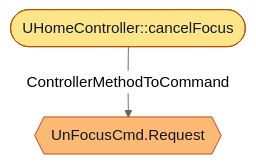
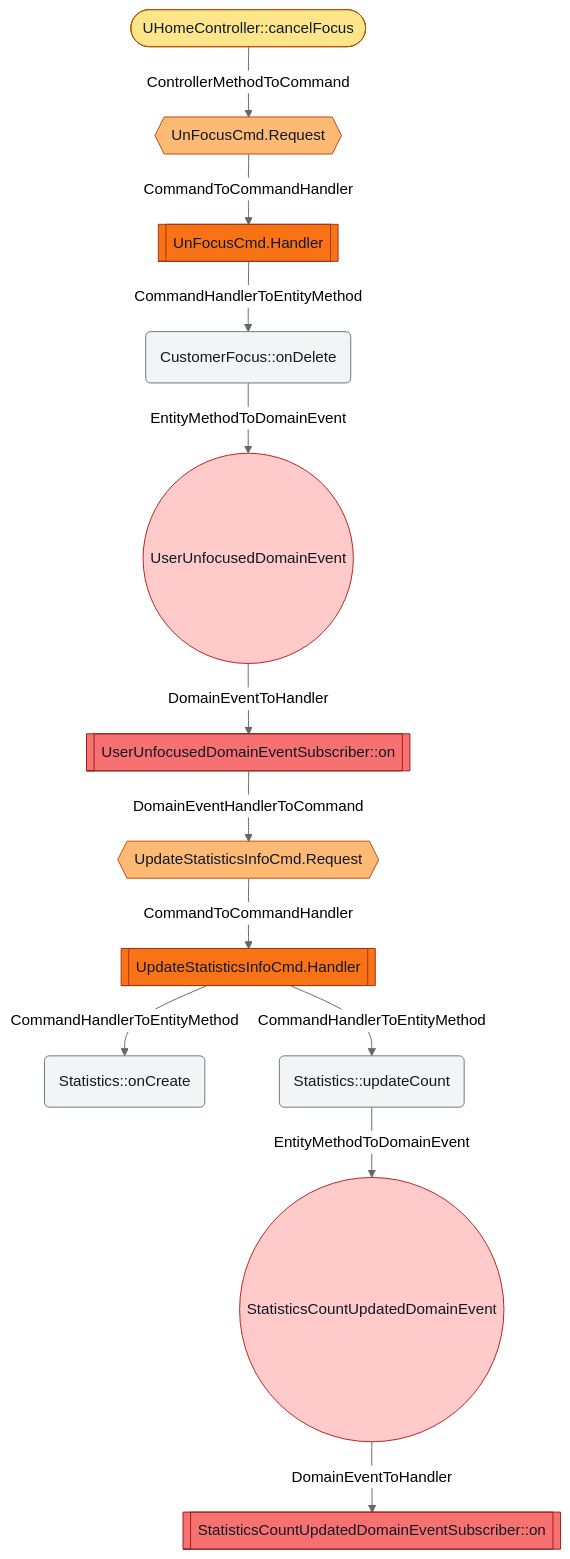
One commit to LDmoxeii/only-danmuku changed the diagram in flows/edu_only4_danmuku_adapter_portal_api_web_UHomeController_cancelFocus.mmd. Above: the diagram before and after it, drawn with Mermaid (neutral theme). The commit also changed 64 other files, not shown here.

```diff
--- a/flows/edu_only4_danmuku_adapter_portal_api_web_UHomeController_cancelFocus.mmd
+++ b/flows/edu_only4_danmuku_adapter_portal_api_web_UHomeController_cancelFocus.mmd
@@ -1,8 +1,42 @@
 flowchart TD
   N1([UHomeController::cancelFocus])
   class N1 controllermethod
-  N2{{UnFocusCmd.Request}}
-  class N2 command
-  N1 -->|ControllerMethodToCommand| N2
+  N2[[UnFocusCmd.Handler]]
+  class N2 commandhandler
+  N3{{UnFocusCmd.Request}}
+  class N3 command
+  N4[[UpdateStatisticsInfoCmd.Handler]]
+  class N4 commandhandler
+  N5{{UpdateStatisticsInfoCmd.Request}}
+  class N5 command
+  N6[[UserUnfocusedDomainEventSubscriber::on]]
+  class N6 domaineventhandler
+  N7[[StatisticsCountUpdatedDomainEventSubscriber::on]]
+  class N7 domaineventhandler
+  N8(CustomerFocus::onDelete)
+  class N8 entitymethod
+  N9((UserUnfocusedDomainEvent))
+  class N9 domainevent
+  N10(Statistics::onCreate)
+  class N10 entitymethod
+  N11(Statistics::updateCount)
+  class N11 entitymethod
+  N12((StatisticsCountUpdatedDomainEvent))
+  class N12 domainevent
+  N1 -->|ControllerMethodToCommand| N3
+  N2 -->|CommandHandlerToEntityMethod| N8
+  N3 -->|CommandToCommandHandler| N2
+  N4 -->|CommandHandlerToEntityMethod| N10
+  N4 -->|CommandHandlerToEntityMethod| N11
+  N5 -->|CommandToCommandHandler| N4
+  N6 -->|DomainEventHandlerToCommand| N5
+  N8 -->|EntityMethodToDomainEvent| N9
+  N9 -->|DomainEventToHandler| N6
+  N11 -->|EntityMethodToDomainEvent| N12
+  N12 -->|DomainEventToHandler| N7
   classDef command fill:#FDBA74,stroke:#C2410C,color:#111827
+  classDef commandhandler fill:#F97316,stroke:#9A3412,color:#111827
   classDef controllermethod fill:#FDE68A,stroke:#B45309,color:#111827
+  classDef domainevent fill:#FECACA,stroke:#B91C1C,color:#111827
+  classDef domaineventhandler fill:#F87171,stroke:#991B1B,color:#111827
+  classDef entitymethod fill:#F3F4F6,stroke:#6B7280,color:#111827
```
